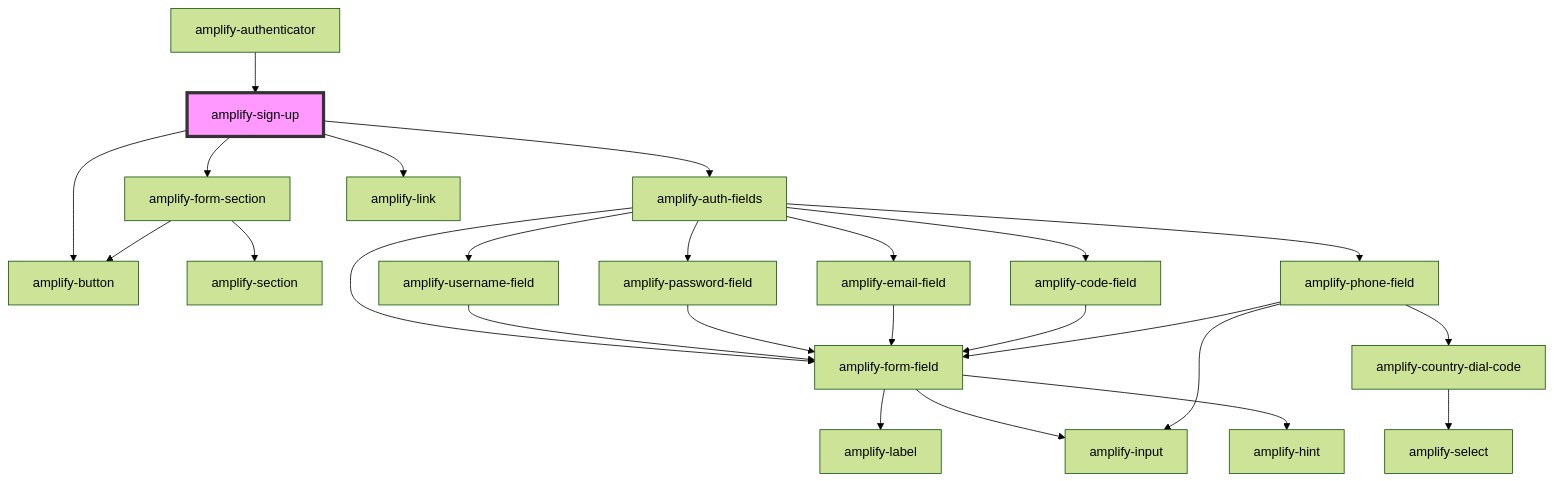
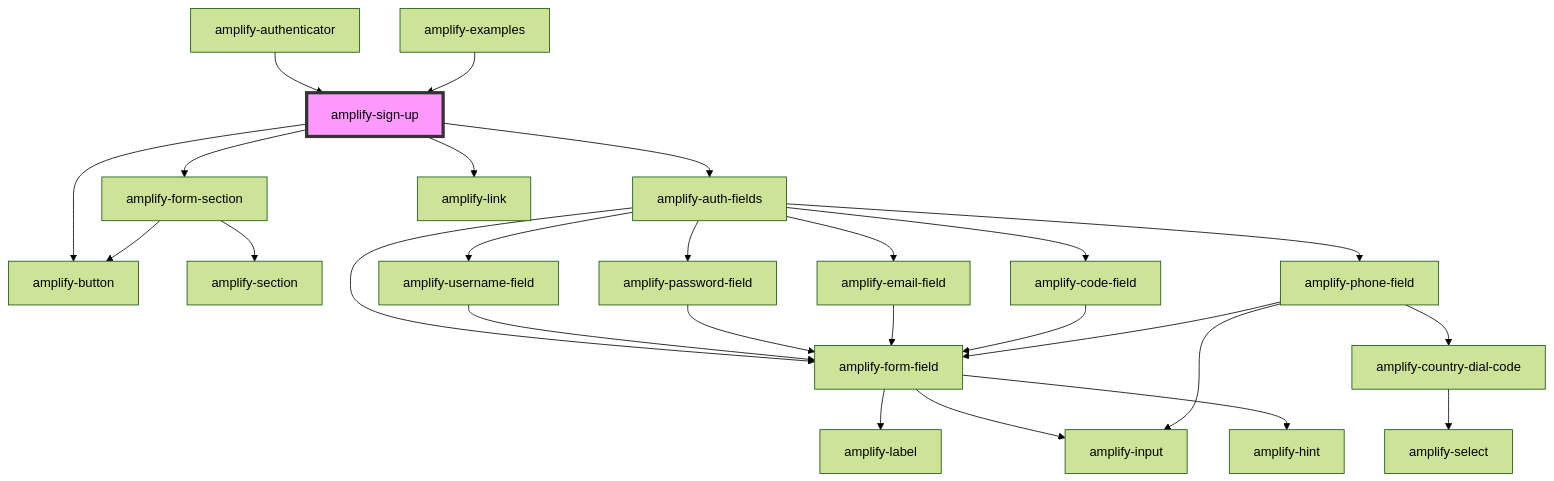
The diagram in packages/amplify-ui-components/src/components/amplify-sign-up/readme.md (OneDev0411/amplify-js), drawn with Mermaid (forest theme) before and after one commit. The commit also changed other lines of this file and 152 other files, not shown here.

````diff
--- a/packages/amplify-ui-components/src/components/amplify-sign-up/readme.md
+++ b/packages/amplify-ui-components/src/components/amplify-sign-up/readme.md
@@ -35,28 +36,29 @@
 ```mermaid
 graph TD;
   amplify-sign-up --> amplify-form-section
   amplify-sign-up --> amplify-auth-fields
   amplify-sign-up --> amplify-link
   amplify-sign-up --> amplify-button
   amplify-form-section --> amplify-button
   amplify-form-section --> amplify-section
   amplify-auth-fields --> amplify-username-field
   amplify-auth-fields --> amplify-password-field
   amplify-auth-fields --> amplify-email-field
   amplify-auth-fields --> amplify-code-field
   amplify-auth-fields --> amplify-phone-field
   amplify-auth-fields --> amplify-form-field
   amplify-username-field --> amplify-form-field
   amplify-form-field --> amplify-label
   amplify-form-field --> amplify-input
   amplify-form-field --> amplify-hint
   amplify-password-field --> amplify-form-field
   amplify-email-field --> amplify-form-field
   amplify-code-field --> amplify-form-field
   amplify-phone-field --> amplify-form-field
   amplify-phone-field --> amplify-country-dial-code
   amplify-phone-field --> amplify-input
   amplify-country-dial-code --> amplify-select
   amplify-authenticator --> amplify-sign-up
+  amplify-examples --> amplify-sign-up
   style amplify-sign-up fill:#f9f,stroke:#333,stroke-width:4px
 ```
````
